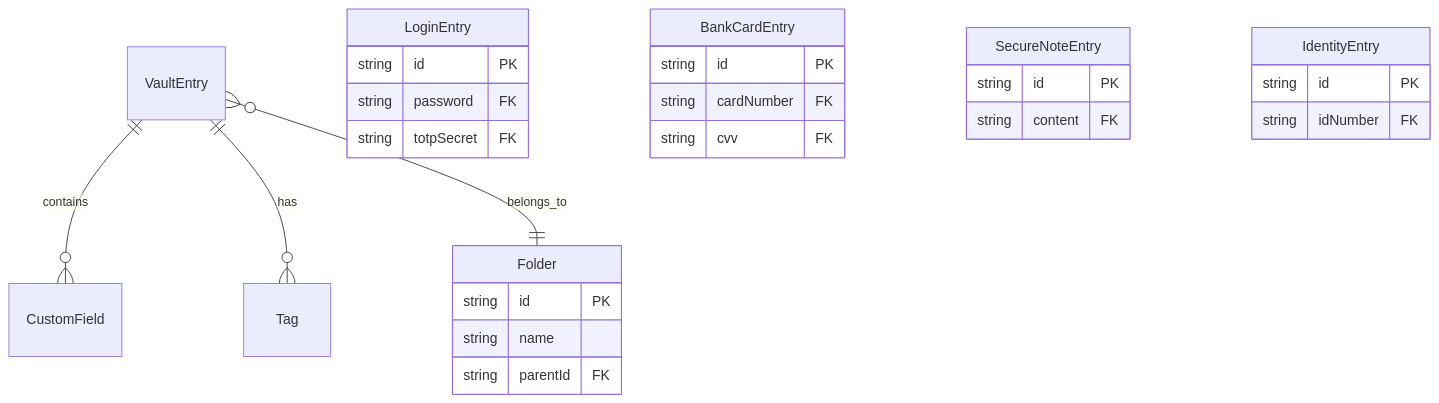
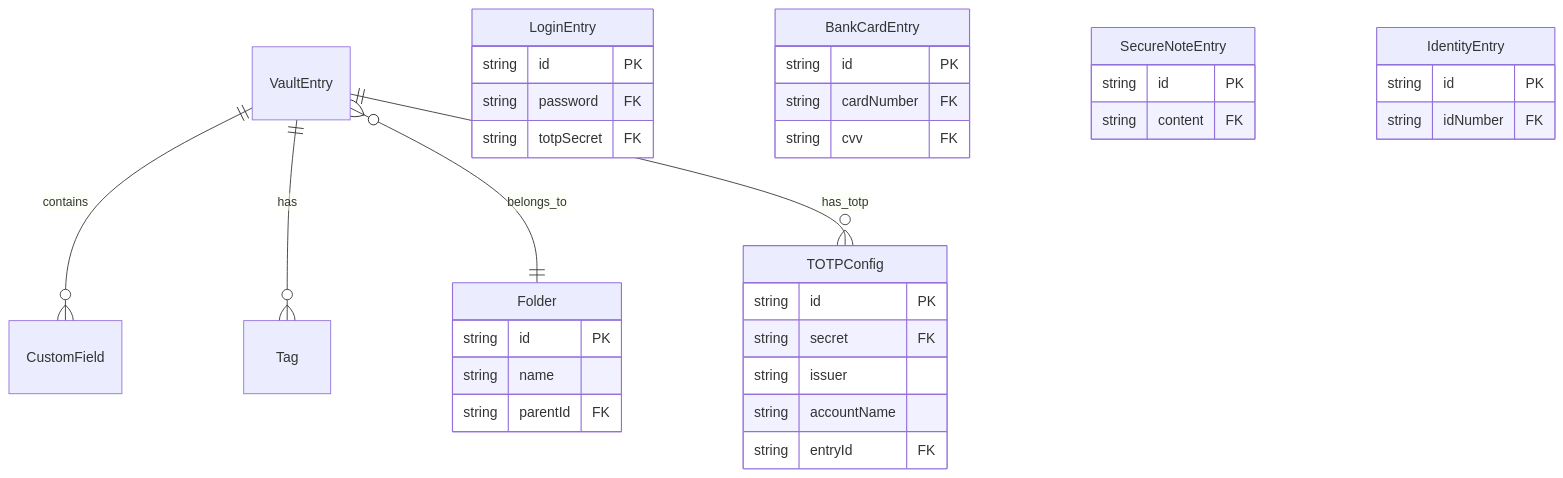
One commit to morning-start/vaultly changed the diagram in wiki/04-数据模型/数据字典.md. Above: the diagram before and after it, drawn with Mermaid. The commit also changed other lines of this file and 13 other files, not shown here.

````diff
--- a/wiki/04-数据模型/数据字典.md
+++ b/wiki/04-数据模型/数据字典.md
@@ -173,29 +222,37 @@
 ```mermaid
 erDiagram
     VaultEntry ||--o{ CustomField : contains
     VaultEntry ||--o{ Tag : has
     VaultEntry }o--|| Folder : belongs_to
+    VaultEntry ||--o{ TOTPConfig : has_totp
     LoginEntry {
         string id PK
         string password FK
         string totpSecret FK
     }
     BankCardEntry {
         string id PK
         string cardNumber FK
         string cvv FK
     }
     SecureNoteEntry {
         string id PK
         string content FK
     }
     IdentityEntry {
         string id PK
         string idNumber FK
     }
+    TOTPConfig {
+        string id PK
+        string secret FK
+        string issuer
+        string accountName
+        string entryId FK
+    }
     Folder {
         string id PK
         string name
         string parentId FK
     }
 ```
````
